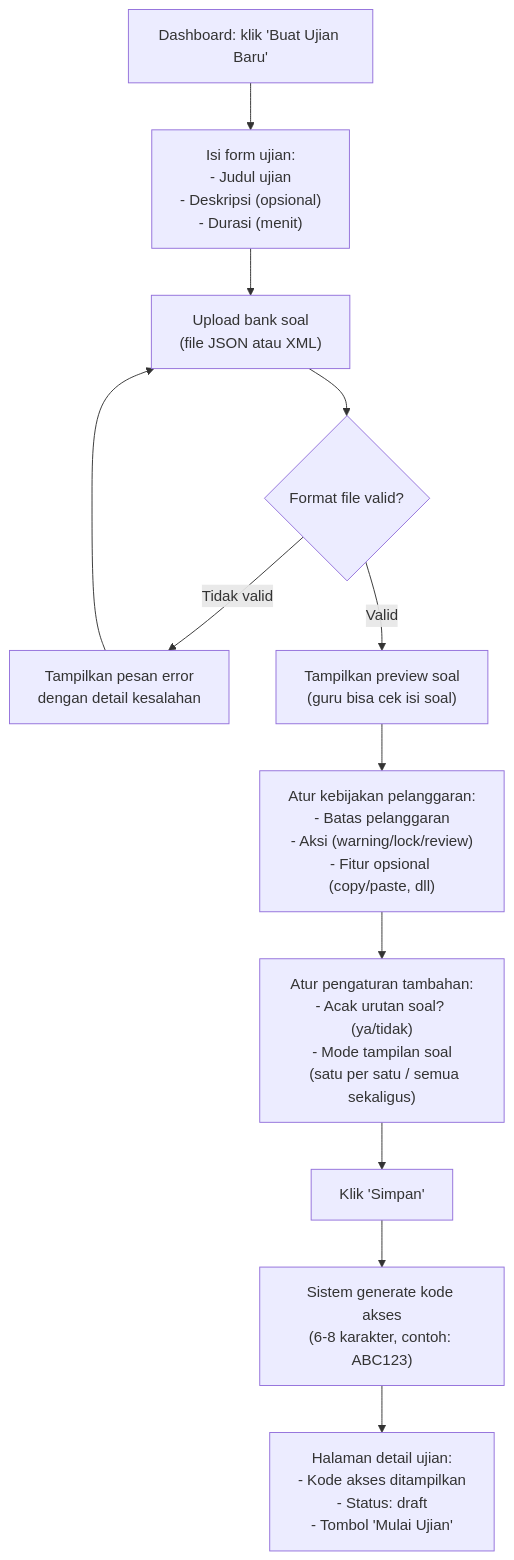
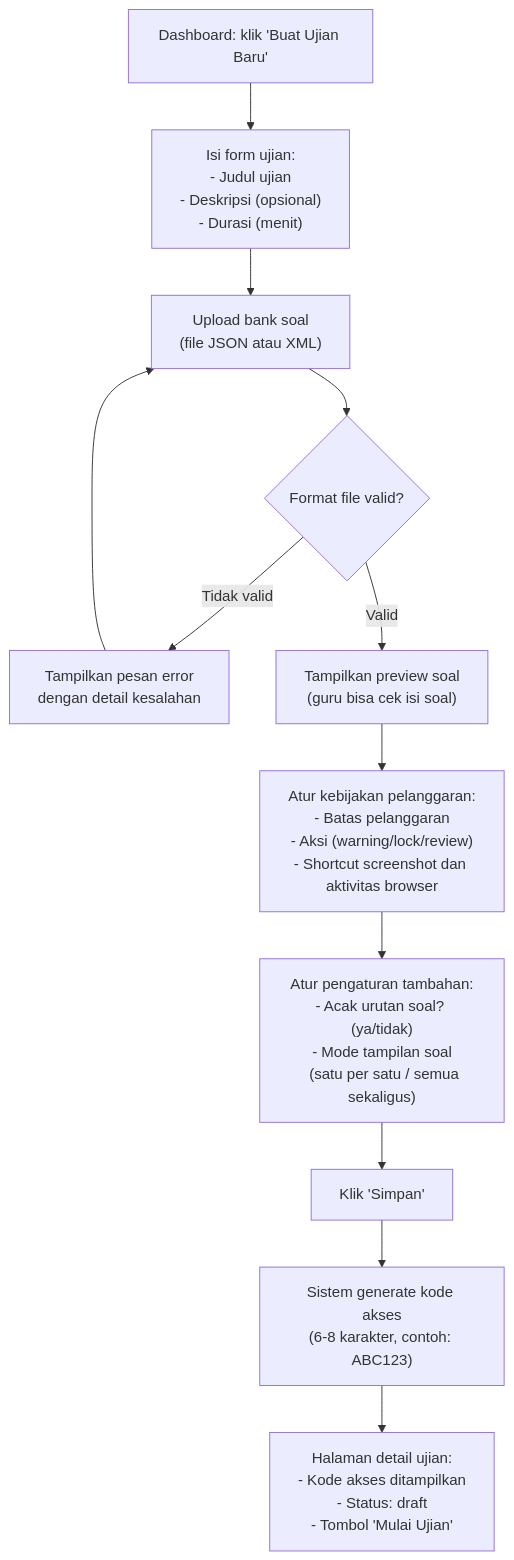
One commit to amdqeis/LockIt changed the third of 11 diagrams in docs/USER_FLOWS.md. Above: the diagram before and after it, drawn with Mermaid. The commit also changed other lines of this file and 110 other files, not shown here.

Commit message:
feat: add browser history tracking and student review APIs with frontend agent skills

````diff
--- a/docs/USER_FLOWS.md
+++ b/docs/USER_FLOWS.md
@@ -81,14 +81,14 @@
 ```mermaid
 flowchart TD
     A["Dashboard: klik 'Buat Ujian Baru'"] --> B["Isi form ujian:\n- Judul ujian\n- Deskripsi (opsional)\n- Durasi (menit)"]
     B --> C["Upload bank soal\n(file JSON atau XML)"]
     C --> D{"Format file valid?"}
     D -->|"Tidak valid"| E["Tampilkan pesan error\ndengan detail kesalahan"]
     E --> C
     D -->|"Valid"| F["Tampilkan preview soal\n(guru bisa cek isi soal)"]
-    F --> G["Atur kebijakan pelanggaran:\n- Batas pelanggaran\n- Aksi (warning/lock/review)\n- Fitur opsional (copy/paste, dll)"]
+    F --> G["Atur kebijakan pelanggaran:\n- Batas pelanggaran\n- Aksi (warning/lock/review)\n- Shortcut screenshot dan aktivitas browser"]
     G --> H["Atur pengaturan tambahan:\n- Acak urutan soal? (ya/tidak)\n- Mode tampilan soal\n  (satu per satu / semua sekaligus)"]
     H --> I["Klik 'Simpan'"]
     I --> J["Sistem generate kode akses\n(6-8 karakter, contoh: ABC123)"]
     J --> K["Halaman detail ujian:\n- Kode akses ditampilkan\n- Status: draft\n- Tombol 'Mulai Ujian'"]
 ```
````
